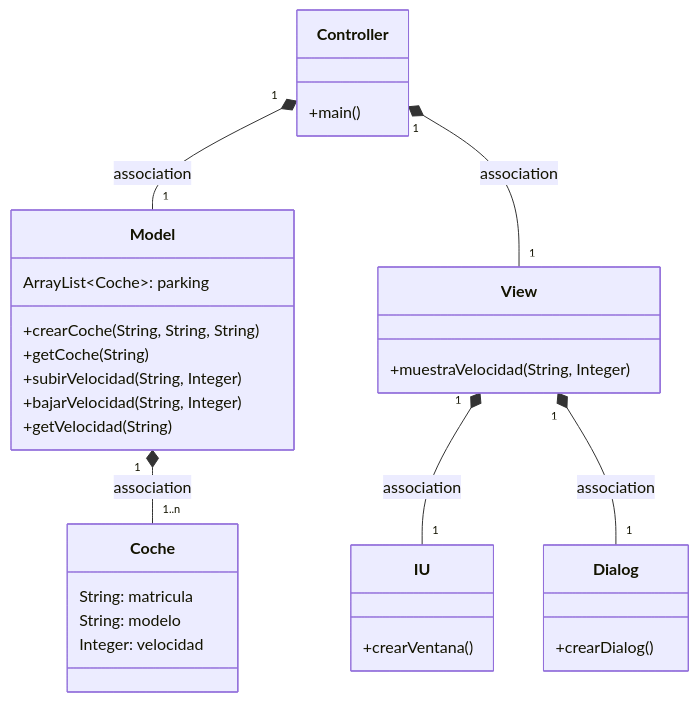
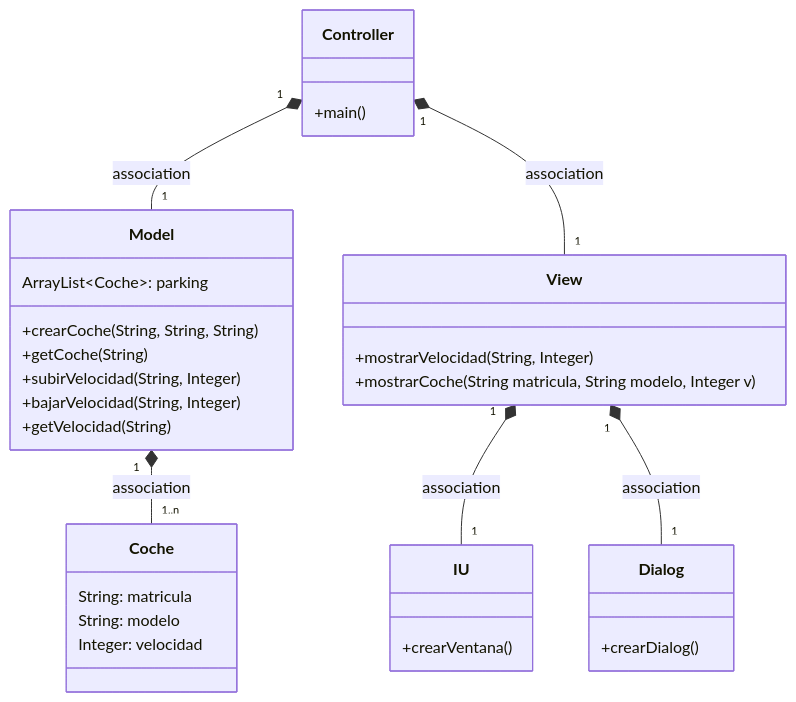
The first of 3 diagrams in Readme.md (LuciaB16/MVC_coches), drawn with Mermaid before and after one commit. The commit also changed other lines of this file, not shown here.

Commit message:
Actualización diagramas del readme

````diff
--- a/Readme.md
+++ b/Readme.md
@@ -8,35 +8,36 @@
 ```mermaid
 classDiagram
     class Coche {
         String: matricula
         String: modelo
         Integer: velocidad
     }
       class Controller{
           +main()
       }
       class View {
-      +muestraVelocidad(String, Integer)
+      +mostrarVelocidad(String, Integer)
+      +mostrarCoche(String matricula, String modelo, Integer v)
       }
       class Model {
           ArrayList~Coche~: parking
           +crearCoche(String, String, String)
           +getCoche(String)
           +subirVelocidad(String, Integer)
           +bajarVelocidad(String, Integer)
           +getVelocidad(String)
       }
       class IU {
       +crearVentana()
       }
       class Dialog {
       +crearDialog()
       }
       
     Controller "1" *-- "1" Model : association
     Controller "1" *-- "1" View : association
     Model "1" *-- "1..n" Coche : association
     View "1" *-- "1" IU : association
     View "1" *-- "1" Dialog : association
       
 ```
````
